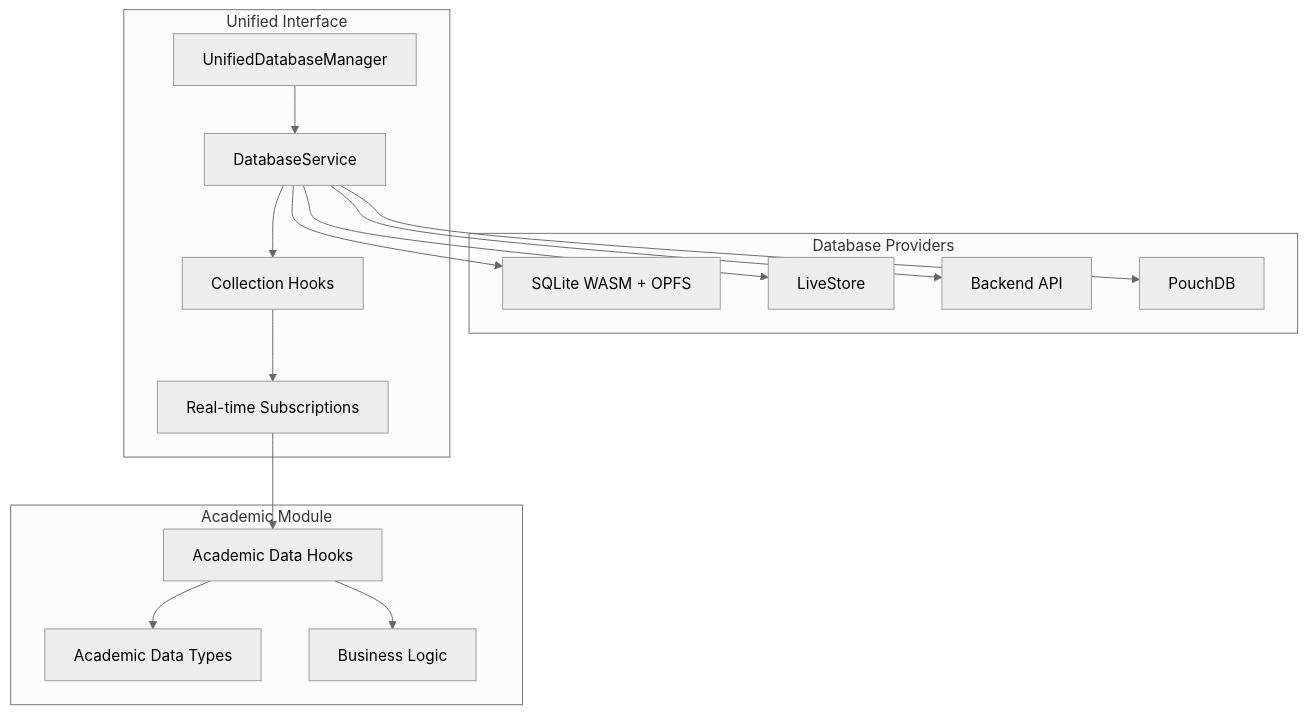
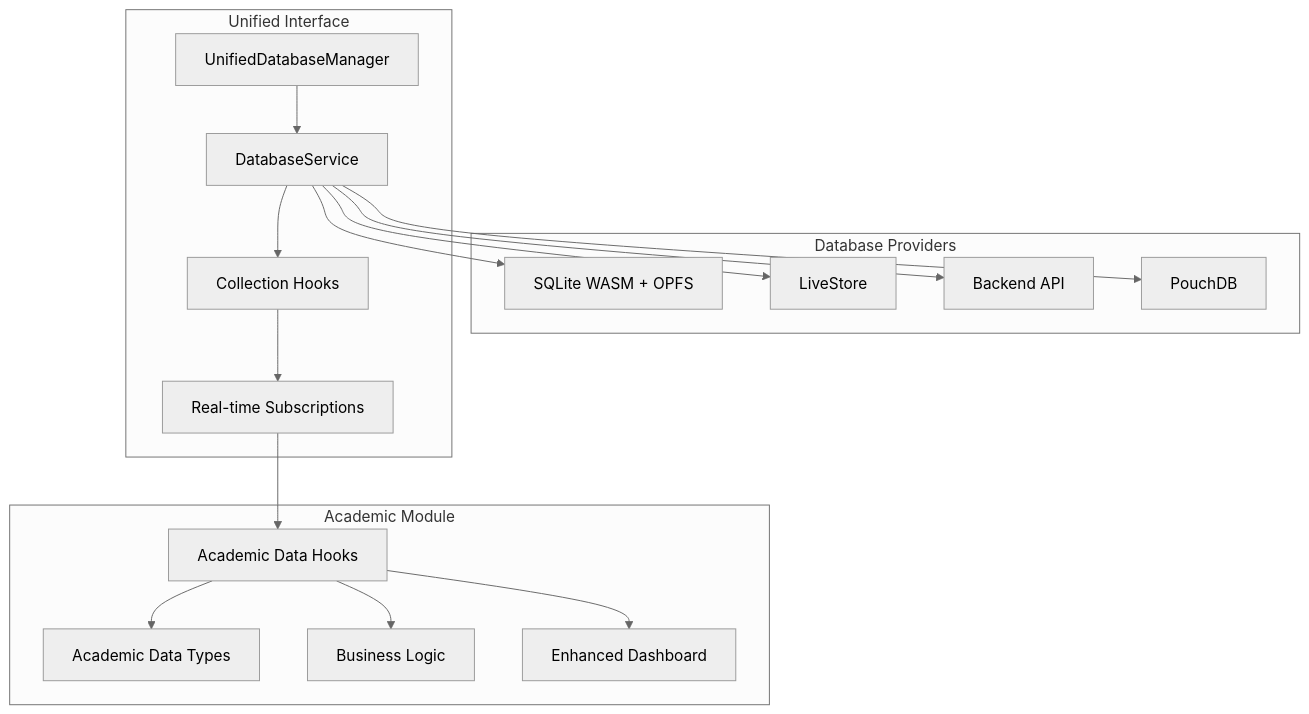
Diagram 12 of 14 in .qoder/repowiki/en/content/Academic Data Management.md (geniusdynamics/schoolpilot), drawn with Mermaid (neutral theme) before and after one commit. The commit also changed other lines of this file and 16 other files, not shown here.

````diff
--- a/.qoder/repowiki/en/content/Academic Data Management.md
+++ b/.qoder/repowiki/en/content/Academic Data Management.md
@@ -403,30 +572,32 @@
 ```mermaid
 graph TB
 subgraph "Database Providers"
 SQLite[SQLite WASM + OPFS]
 LiveStore[LiveStore]
 BackendAPI[Backend API]
 PouchDB[PouchDB]
 end
 subgraph "Unified Interface"
 DatabaseService[DatabaseService]
 CollectionHooks[Collection Hooks]
 RealTimeSubscriptions[Real-time Subscriptions]
 DatabaseManager[UnifiedDatabaseManager]
 end
 subgraph "Academic Module"
 AcademicHooks[Academic Data Hooks]
 DataTypes[Academic Data Types]
 BusinessLogic[Business Logic]
+DashboardShell[Enhanced Dashboard]
 end
 DatabaseService --> CollectionHooks
 CollectionHooks --> RealTimeSubscriptions
 RealTimeSubscriptions --> AcademicHooks
 AcademicHooks --> DataTypes
 AcademicHooks --> BusinessLogic
+AcademicHooks --> DashboardShell
 DatabaseService --> SQLite
 DatabaseService --> LiveStore
 DatabaseService --> BackendAPI
 DatabaseService --> PouchDB
 DatabaseManager --> DatabaseService
 ```
````
